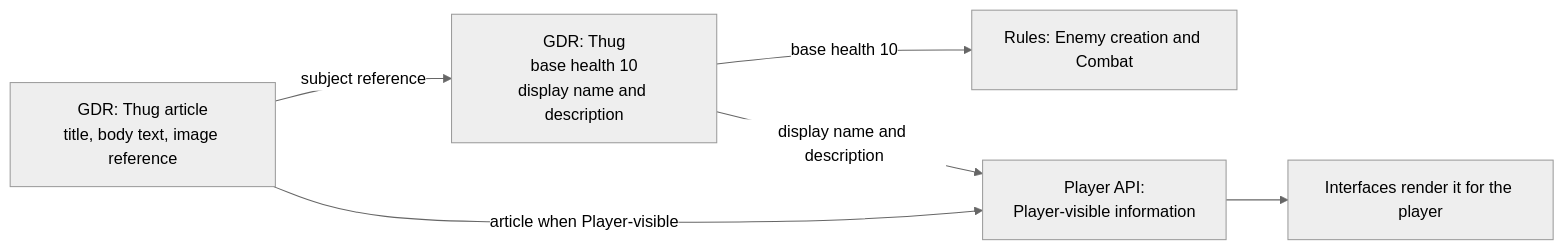
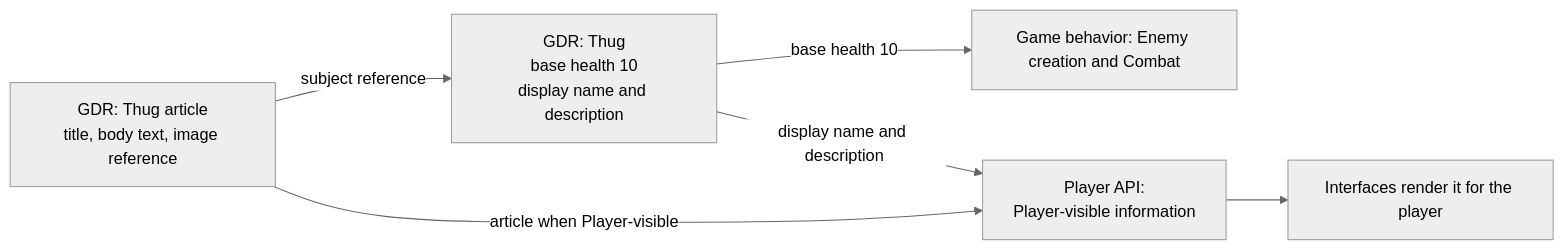
The sixth of 6 diagrams in docs/specs/foundation/campaign-modeling-contract.md (konrad-jamrozik/game-v5), drawn with Mermaid (neutral theme) before and after one commit. The commit also changed other lines of this file and 14 other files, not shown here.

````diff
--- a/docs/specs/foundation/campaign-modeling-contract.md
+++ b/docs/specs/foundation/campaign-modeling-contract.md
@@ -403,10 +403,10 @@
 ```mermaid
 flowchart LR
     Thug["GDR: Thug<br/>base health 10<br/>display name and description"]
     Article["GDR: Thug article<br/>title, body text, image reference"]
     Article -->|subject reference| Thug
-    Thug -->|base health 10| Combat["Rules: Enemy creation and Combat"]
+    Thug -->|base health 10| Combat["Game behavior: Enemy creation and Combat"]
     Thug -->|display name and description| PlayerAPI["Player API:<br/>Player-visible information"]
     Article -->|article when Player-visible| PlayerAPI
     PlayerAPI --> Interfaces["Interfaces render it for the player"]
 ```
````
